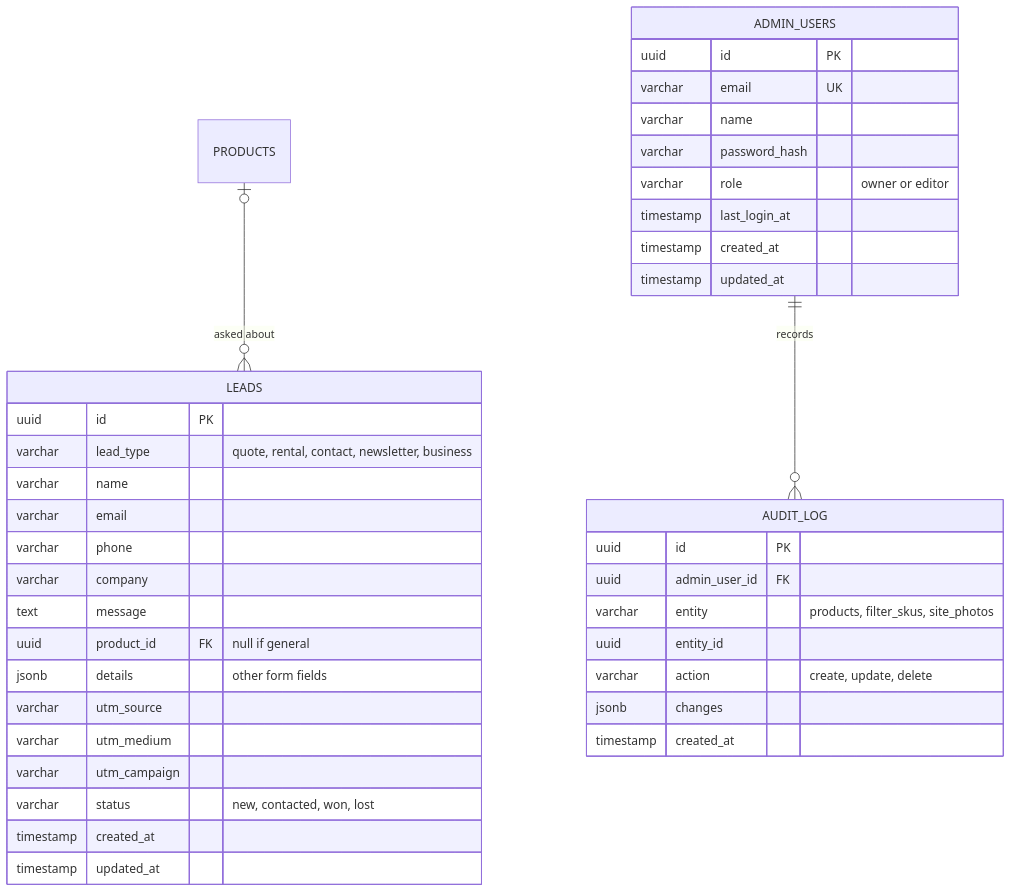
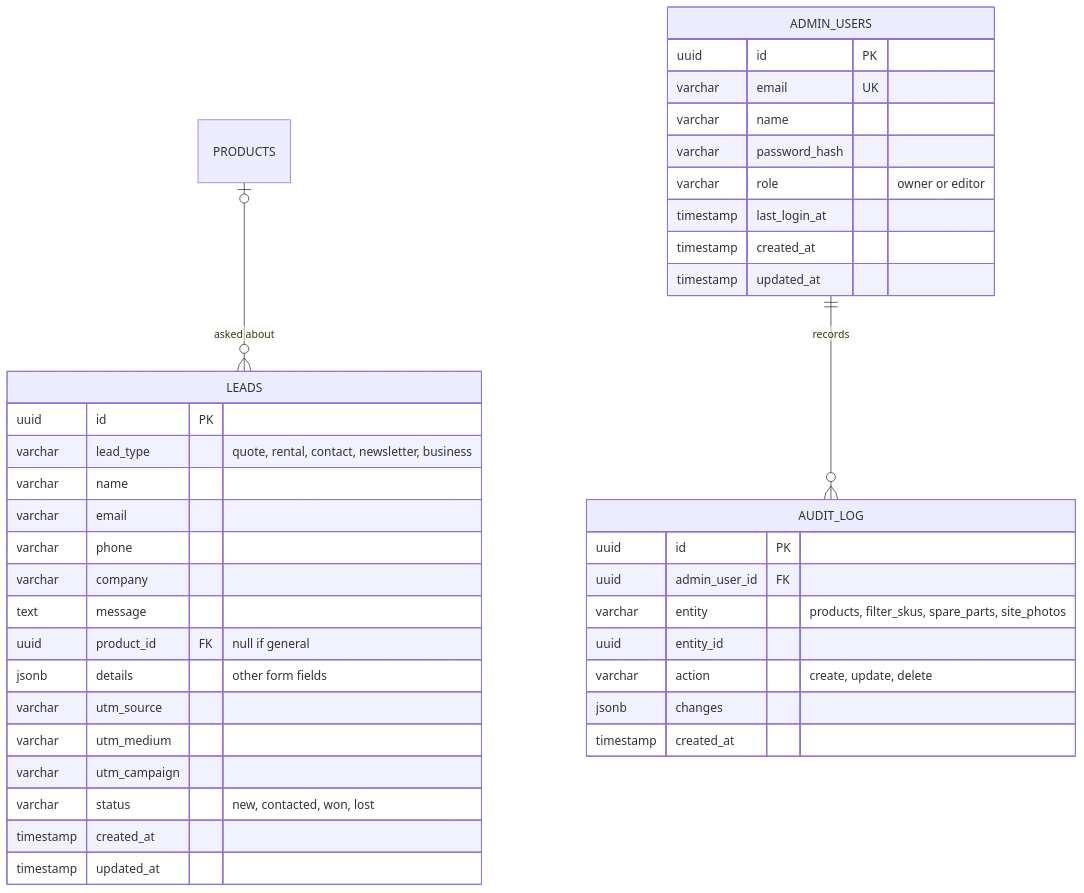
One commit to autoforgesystem/hiq-shop-apps changed the sixth of 6 diagrams in docs/DATABASE.md. Above: the diagram before and after it, drawn with Mermaid. The commit also changed other lines of this file and 5 other files, not shown here.

Commit message:
feat: enhance documentation and cart functionality for spare parts management

````diff
--- a/docs/DATABASE.md
+++ b/docs/DATABASE.md
@@ -352,42 +383,42 @@
 ```mermaid
 erDiagram
     PRODUCTS |o--o{ LEADS : "asked about"
     ADMIN_USERS ||--o{ AUDIT_LOG : records
 
     LEADS {
         uuid id PK
         varchar lead_type "quote, rental, contact, newsletter, business"
         varchar name
         varchar email
         varchar phone
         varchar company
         text message
         uuid product_id FK "null if general"
         jsonb details "other form fields"
         varchar utm_source
         varchar utm_medium
         varchar utm_campaign
         varchar status "new, contacted, won, lost"
         timestamp created_at
         timestamp updated_at
     }
     ADMIN_USERS {
         uuid id PK
         varchar email UK
         varchar name
         varchar password_hash
         varchar role "owner or editor"
         timestamp last_login_at
         timestamp created_at
         timestamp updated_at
     }
     AUDIT_LOG {
         uuid id PK
         uuid admin_user_id FK
-        varchar entity "products, filter_skus, site_photos"
+        varchar entity "products, filter_skus, spare_parts, site_photos"
         uuid entity_id
         varchar action "create, update, delete"
         jsonb changes
         timestamp created_at
     }
 ```
````
